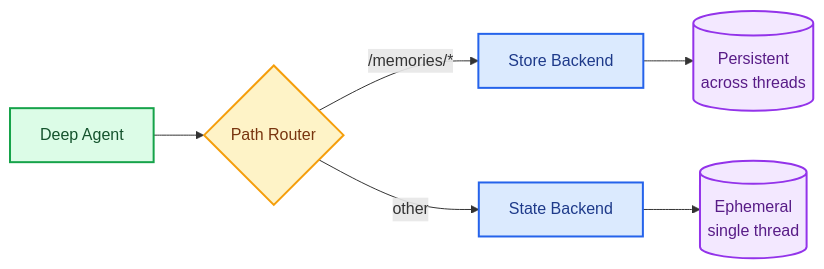
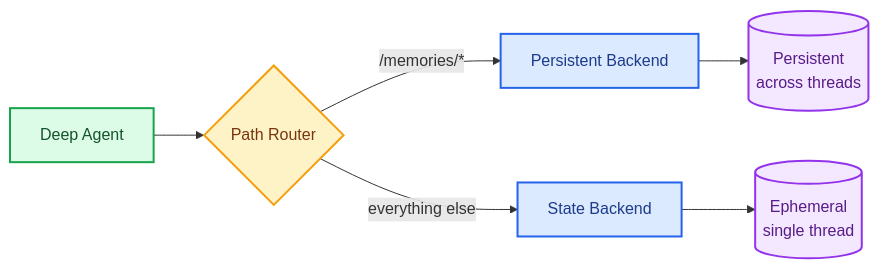
The diagram in src/oss/deepagents/long-term-memory.mdx (langchain-ai/docs), drawn with Mermaid before and after one commit. The commit also changed other lines of this file, not shown here.

````diff
--- a/src/oss/deepagents/long-term-memory.mdx
+++ b/src/oss/deepagents/long-term-memory.mdx
@@ -48,20 +66,20 @@
 ```mermaid
 graph LR
     Agent[Deep Agent] --> Router{Path Router}
 
-    Router --> |/memories/*| Store[Store Backend]
-    Router --> |other| State[State Backend]
+    Router --> |/memories/*| Store[Persistent Backend]
+    Router --> |everything else| State[State Backend]
 
     Store --> Persist[(Persistent<br/>across threads)]
     State --> Ephemeral[(Ephemeral<br/>single thread)]
 
     classDef trigger fill:#DCFCE7,stroke:#16A34A,stroke-width:2px,color:#14532D
     classDef process fill:#DBEAFE,stroke:#2563EB,stroke-width:2px,color:#1E3A8A
     classDef decision fill:#FEF3C7,stroke:#F59E0B,stroke-width:2px,color:#78350F
     classDef output fill:#F3E8FF,stroke:#9333EA,stroke-width:2px,color:#581C87
 
     class Agent trigger
     class Router decision
     class Store,State process
     class Persist,Ephemeral output
 ```
````
